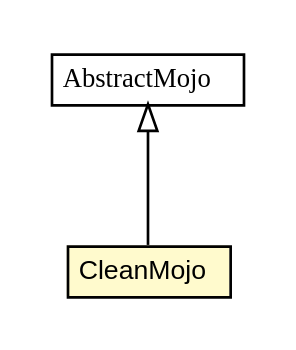
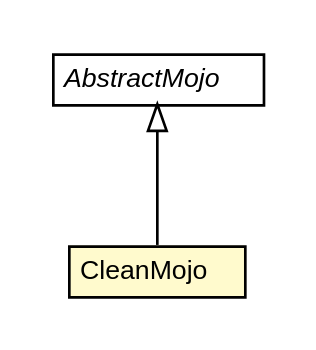
One commit to trajano/cleanpom-maven-plugin changed the diagram in apidocs/net/trajano/mojo/cleanpom/CleanMojo.dot. Above: the diagram before and after it, drawn with Graphviz. The commit also changed 82 other files, not shown here.

```diff
--- a/apidocs/net/trajano/mojo/cleanpom/CleanMojo.dot
+++ b/apidocs/net/trajano/mojo/cleanpom/CleanMojo.dot
@@ -1,26 +1,26 @@
 #!/usr/local/bin/dot
 #
 # Class diagram 
 # Generated by UMLGraph version R5_6-24-gf6e263 (http://www.umlgraph.org/)
 #
 
 digraph G {
-	edge [fontname="arial",fontsize=10,labelfontname="arial",labelfontsize=10];
-	node [fontname="arial",fontsize=10,shape=plaintext];
+	edge [fontname="Helvetica",fontsize=10,labelfontname="Helvetica",labelfontsize=10];
+	node [fontname="Helvetica",fontsize=10,shape=plaintext];
 	nodesep=0.25;
 	ranksep=0.5;
 	// net.trajano.mojo.cleanpom.CleanMojo
 	c6 [label=<<table title="net.trajano.mojo.cleanpom.CleanMojo" border="0" cellborder="1" cellspacing="0" cellpadding="2" port="p" bgcolor="lemonChiffon" href="./CleanMojo.html">
 		<tr><td><table border="0" cellspacing="0" cellpadding="1">
 <tr><td align="center" balign="center"> CleanMojo </td></tr>
 		</table></td></tr>
-		</table>>, URL="./CleanMojo.html", fontname="arial", fontcolor="black", fontsize=10.0];
+		</table>>, URL="./CleanMojo.html", fontname="Helvetica", fontcolor="black", fontsize=10.0];
 	//net.trajano.mojo.cleanpom.CleanMojo extends org.apache.maven.plugin.AbstractMojo
 	c9:p -> c6:p [dir=back,arrowtail=empty];
 	// org.apache.maven.plugin.AbstractMojo
 	c9 [label=<<table title="org.apache.maven.plugin.AbstractMojo" border="0" cellborder="1" cellspacing="0" cellpadding="2" port="p" href="http://java.sun.com/j2se/1.4.2/docs/api/org/apache/maven/plugin/AbstractMojo.html">
 		<tr><td><table border="0" cellspacing="0" cellpadding="1">
-<tr><td align="center" balign="center"><font face="arial italic"> AbstractMojo </font></td></tr>
+<tr><td align="center" balign="center"><font face="Helvetica-Oblique"> AbstractMojo </font></td></tr>
 		</table></td></tr>
-		</table>>, URL="http://java.sun.com/j2se/1.4.2/docs/api/org/apache/maven/plugin/AbstractMojo.html", fontname="arial", fontcolor="black", fontsize=10.0];
+		</table>>, URL="http://java.sun.com/j2se/1.4.2/docs/api/org/apache/maven/plugin/AbstractMojo.html", fontname="Helvetica", fontcolor="black", fontsize=10.0];
 }
```
